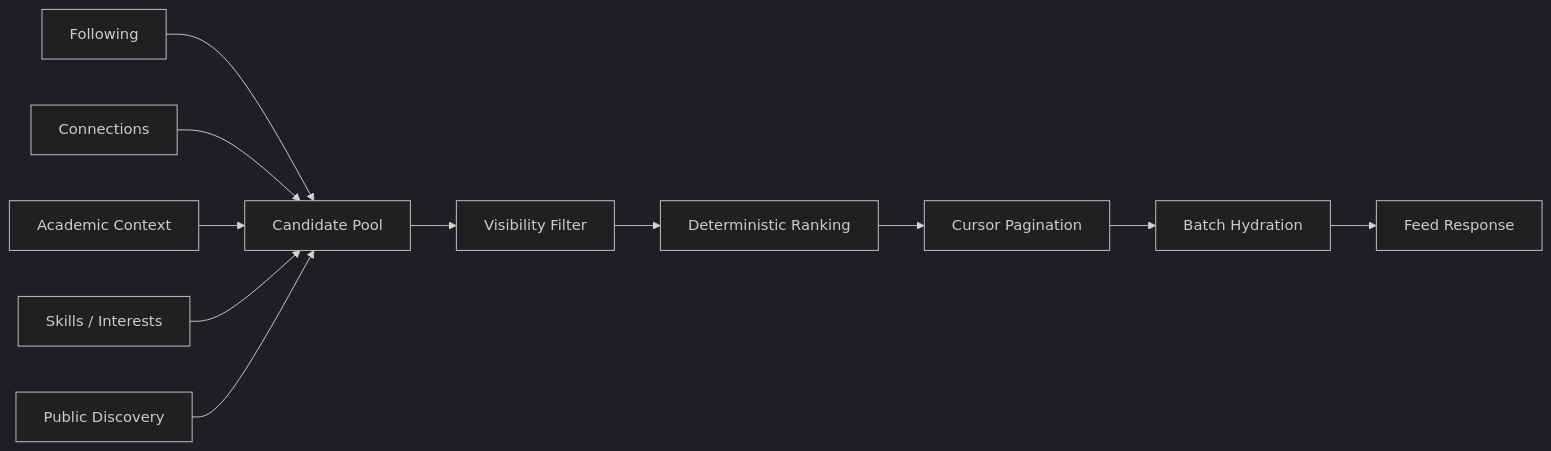
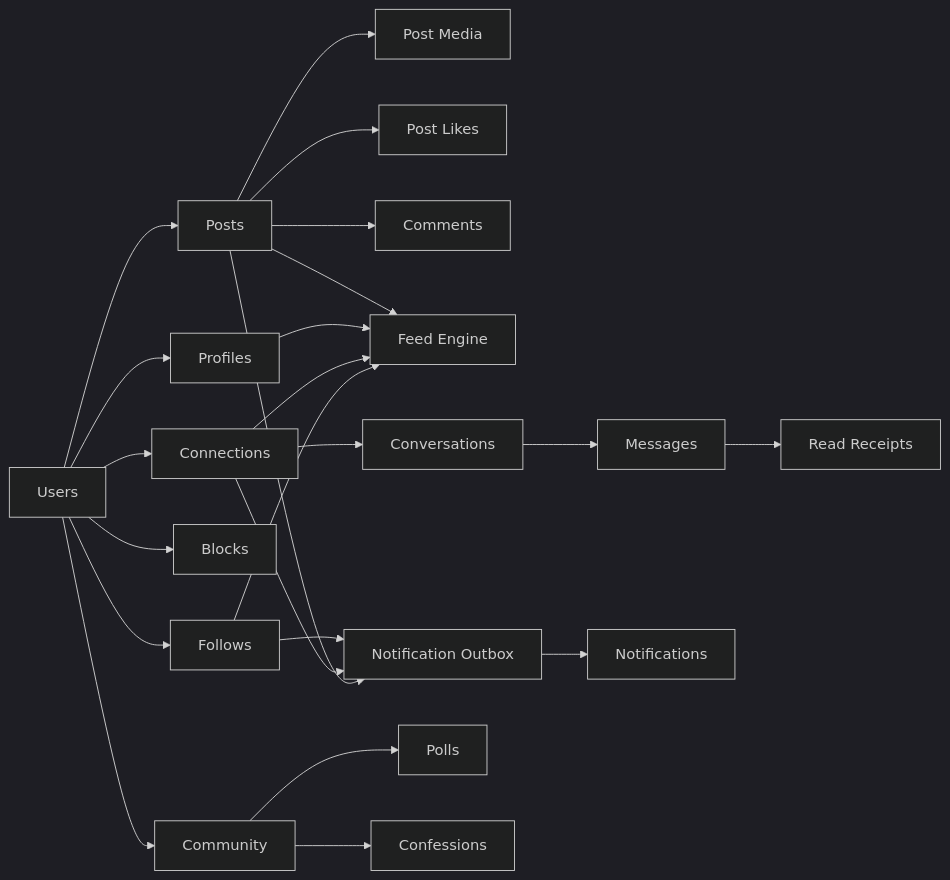
The second of 5 diagrams in README.md (Dhanas3kar/Hakiku), drawn with Mermaid (dark theme) before and after one commit. The commit also changed other lines of this file, not shown here.

````diff
--- a/README.md
+++ b/README.md
@@ -254,14 +269,55 @@
 ```mermaid
-flowchart LR
-    F["Following"] --> C["Candidate Pool"]
-    N["Connections"] --> C
-    A["Academic Context"] --> C
-    T["Skills / Interests"] --> C
-    D["Public Discovery"] --> C
+graph LR
+    U["Users"]
 
-    C --> V["Visibility Filter"]
-    V --> R["Deterministic Ranking"]
-    R --> P["Cursor Pagination"]
-    P --> H["Batch Hydration"]
-    H --> OUT["Feed Response"]
+    P["Profiles"]
+    F["Follows"]
+    C["Connections"]
+    B["Blocks"]
+
+    POST["Posts"]
+    MEDIA["Post Media"]
+    LIKE["Post Likes"]
+    COMMENT["Comments"]
+
+    FEED["Feed Engine"]
+
+    CONV["Conversations"]
+    MSG["Messages"]
+    READ["Read Receipts"]
+
+    NOTIF["Notifications"]
+    OUT["Notification Outbox"]
+
+    COMM["Community"]
+    POLL["Polls"]
+    CONF["Confessions"]
+
+    U --> P
+    U --> F
+    U --> C
+    U --> B
+
+    U --> POST
+    POST --> MEDIA
+    POST --> LIKE
+    POST --> COMMENT
+
+    F --> FEED
+    C --> FEED
+    P --> FEED
+    POST --> FEED
+
+    C --> CONV
+    CONV --> MSG
+    MSG --> READ
+
+    POST --> OUT
+    C --> OUT
+    F --> OUT
+    OUT --> NOTIF
+
+    U --> COMM
+    COMM --> POLL
+    COMM --> CONF
 ```
````
